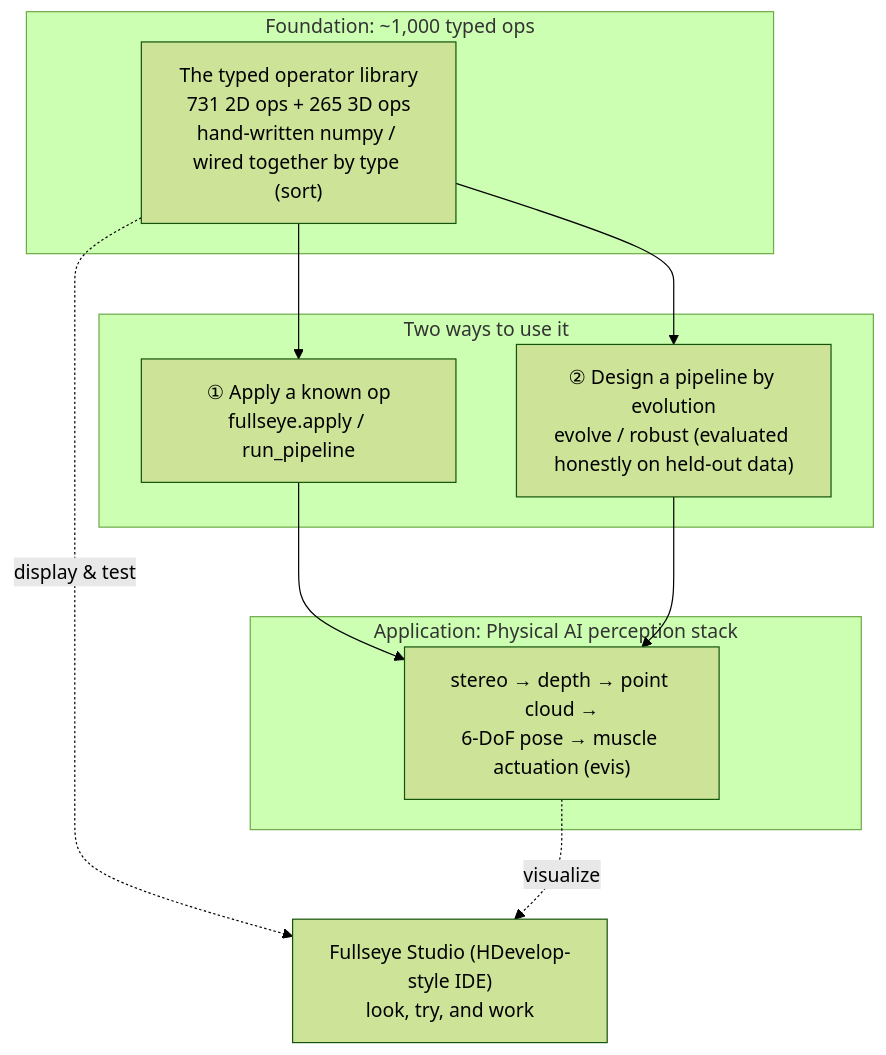
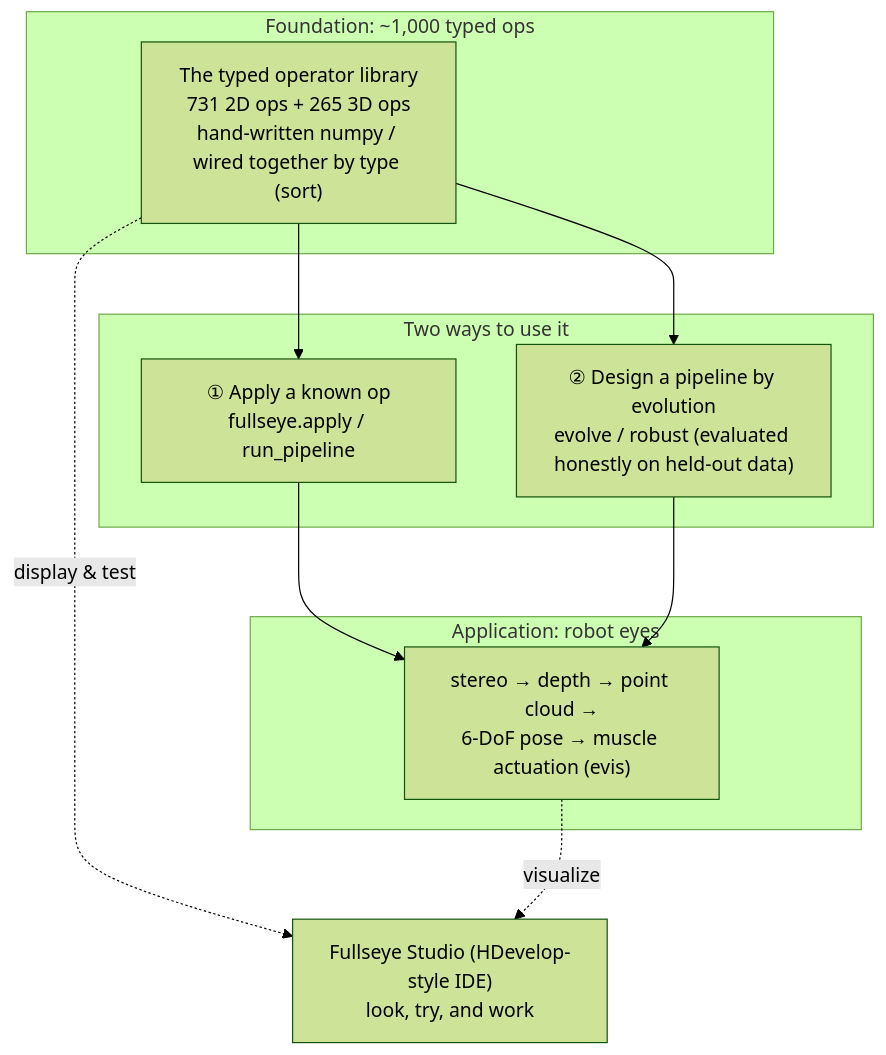
The first of 3 diagrams in docs/articles/fullseye_overview_qiita_en.md (furuse-kazufumi/fullseye), drawn with Mermaid (forest theme) before and after one commit.

Commit message:
auto: fullseye_overview_qiita_en.md 編集前 (2026-08-30 20:45)

````diff
--- a/docs/articles/fullseye_overview_qiita_en.md
+++ b/docs/articles/fullseye_overview_qiita_en.md
@@ -150,19 +150,19 @@
 ```mermaid
 flowchart TB
     subgraph L0["Foundation: ~1,000 typed ops"]
         OPS["The typed operator library<br/>731 2D ops + 265 3D ops<br/>hand-written numpy / wired together by type (sort)"]
     end
     subgraph L1["Two ways to use it"]
         APPLY["① Apply a known op<br/>fullseye.apply / run_pipeline"]
         EVO["② Design a pipeline by evolution<br/>evolve / robust (evaluated honestly on held-out data)"]
     end
-    subgraph L2["Application: Physical AI perception stack"]
+    subgraph L2["Application: robot eyes"]
         PERC["stereo → depth → point cloud →<br/>6-DoF pose → muscle actuation (evis)"]
     end
     STUDIO["Fullseye Studio (HDevelop-style IDE)<br/>look, try, and work"]
 
     OPS --> APPLY --> PERC
     OPS --> EVO --> PERC
     OPS -.display & test.-> STUDIO
     PERC -.visualize.-> STUDIO
 ```
````
